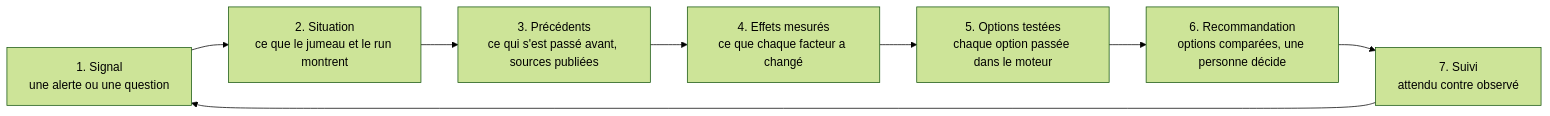
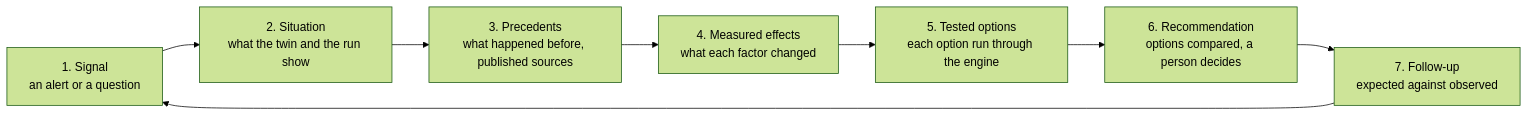
The first of 2 diagrams in frontend/content/docs/product/decision-loop.md (V1ktor7/obscyro), drawn with Mermaid (forest theme) before and after one commit. The commit also changed other lines of this file and 15 other files, not shown here.

````diff
--- a/frontend/content/docs/product/decision-loop.md
+++ b/frontend/content/docs/product/decision-loop.md
@@ -14,10 +15,10 @@
 ```mermaid
 flowchart LR
-    S1["1. Signal<br/>une alerte ou une question"] --> S2["2. Situation<br/>ce que le jumeau et le run montrent"]
-    S2 --> S3["3. Précédents<br/>ce qui s'est passé avant, sources publiées"]
-    S3 --> S4["4. Effets mesurés<br/>ce que chaque facteur a changé"]
-    S4 --> S5["5. Options testées<br/>chaque option passée dans le moteur"]
-    S5 --> S6["6. Recommandation<br/>options comparées, une personne décide"]
-    S6 --> S7["7. Suivi<br/>attendu contre observé"]
+    S1["1. Signal<br/>an alert or a question"] --> S2["2. Situation<br/>what the twin and the run show"]
+    S2 --> S3["3. Precedents<br/>what happened before, published sources"]
+    S3 --> S4["4. Measured effects<br/>what each factor changed"]
+    S4 --> S5["5. Tested options<br/>each option run through the engine"]
+    S5 --> S6["6. Recommendation<br/>options compared, a person decides"]
+    S6 --> S7["7. Follow-up<br/>expected against observed"]
     S7 --> S1
 ```
````
